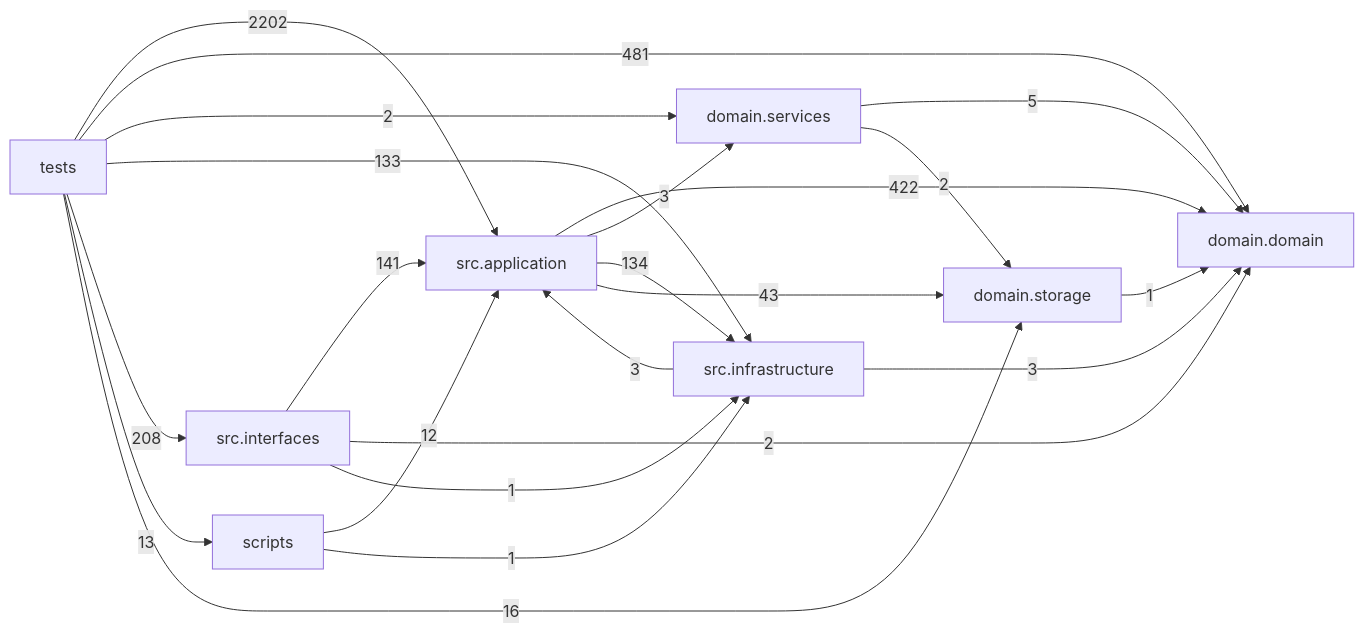
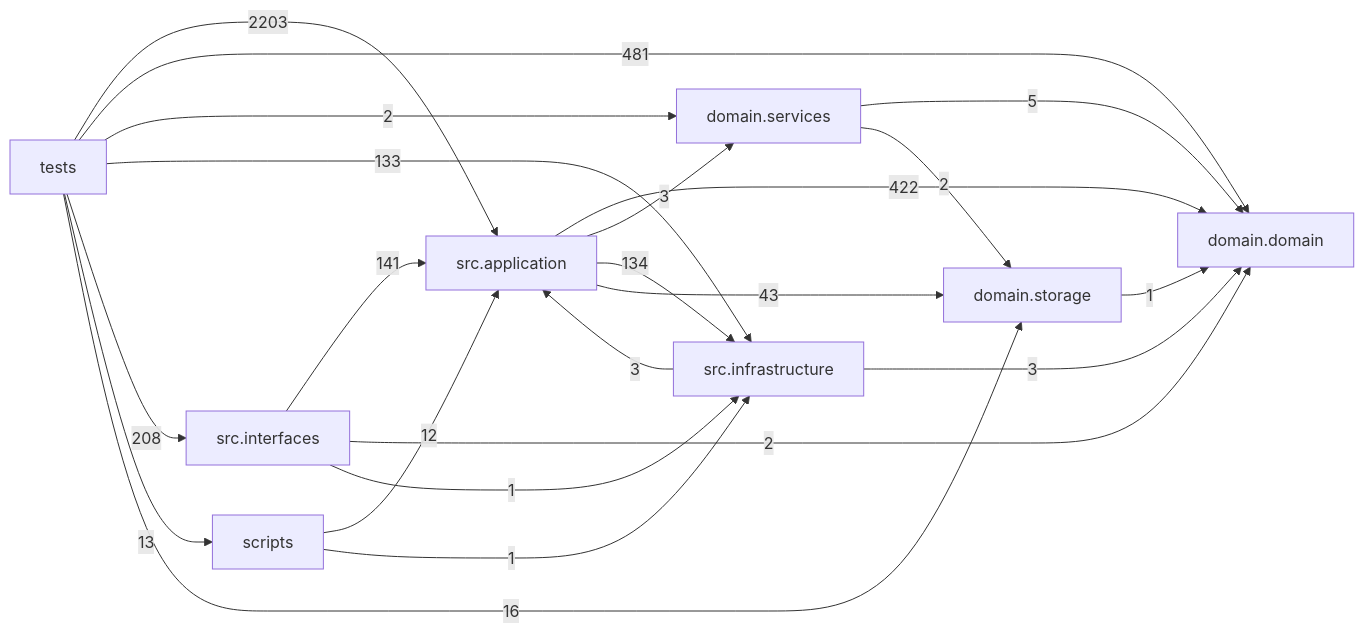
The diagram in docs/DEPENDENCY_GRAPH.md (liuxie066/options-monitor), drawn with Mermaid before and after one commit. The commit also changed other lines of this file and 4 other files, not shown here.

````diff
--- a/docs/DEPENDENCY_GRAPH.md
+++ b/docs/DEPENDENCY_GRAPH.md
@@ -24,32 +24,32 @@
 ```mermaid
 flowchart LR
   tests["tests"]
   scripts["scripts"]
   interfaces["src.interfaces"]
   application["src.application"]
   infrastructure["src.infrastructure"]
   domain_services["domain.services"]
   domain["domain.domain"]
   storage["domain.storage"]
   application -->|422| domain
   application -->|3| domain_services
   application -->|134| infrastructure
   application -->|43| storage
   domain_services -->|5| domain
   domain_services -->|2| storage
   infrastructure -->|3| application
   infrastructure -->|3| domain
   interfaces -->|141| application
   interfaces -->|2| domain
   interfaces -->|1| infrastructure
   scripts -->|12| application
   scripts -->|1| infrastructure
   storage -->|1| domain
-  tests -->|2202| application
+  tests -->|2203| application
   tests -->|481| domain
   tests -->|2| domain_services
   tests -->|133| infrastructure
   tests -->|208| interfaces
   tests -->|13| scripts
   tests -->|16| storage
 ```
````
